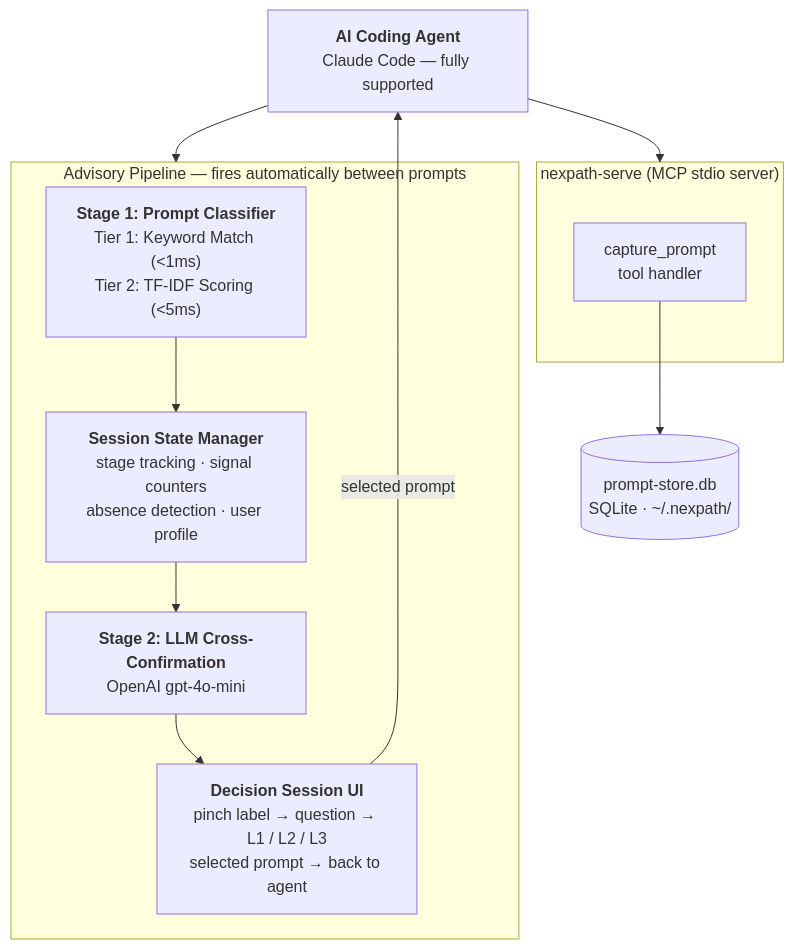
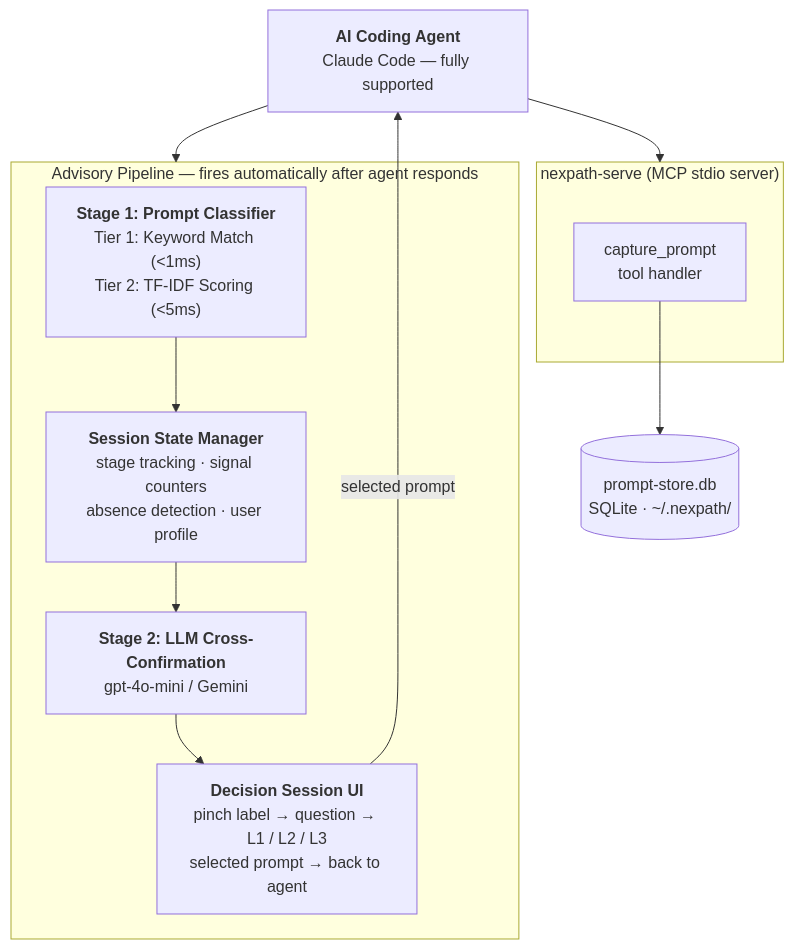
Before and after one commit to hi0001234d/nexpath: the diagram in README.md, drawn with Mermaid. The commit also changed other lines of this file, not shown here.

````diff
--- a/README.md
+++ b/README.md
@@ -255,23 +33,23 @@
 ```mermaid
 flowchart TB
     Agent["<b>AI Coding Agent</b><br/>Claude Code — fully supported"]
 
     subgraph MCP["nexpath-serve (MCP stdio server)"]
         Capture["capture_prompt<br/>tool handler"]
     end
 
     DB[("prompt-store.db<br/>SQLite · ~/.nexpath/")]
 
-    subgraph Pipeline["Advisory Pipeline — fires automatically between prompts"]
+    subgraph Pipeline["Advisory Pipeline — fires automatically after agent responds"]
         S1["<b>Stage 1: Prompt Classifier</b><br/>Tier 1: Keyword Match (&lt;1ms)<br/>Tier 2: TF-IDF Scoring (&lt;5ms)"]
         SM["<b>Session State Manager</b><br/>stage tracking · signal counters<br/>absence detection · user profile"]
-        S2["<b>Stage 2: LLM Cross-Confirmation</b><br/>OpenAI gpt-4o-mini"]
+        S2["<b>Stage 2: LLM Cross-Confirmation</b><br/>gpt-4o-mini / Gemini"]
         DS["<b>Decision Session UI</b><br/>pinch label → question → L1 / L2 / L3<br/>selected prompt → back to agent"]
     end
 
     Agent --> MCP
     Capture --> DB
     Agent --> Pipeline
     S1 --> SM --> S2 --> DS
     DS -->|"selected prompt"| Agent
 ```
````
